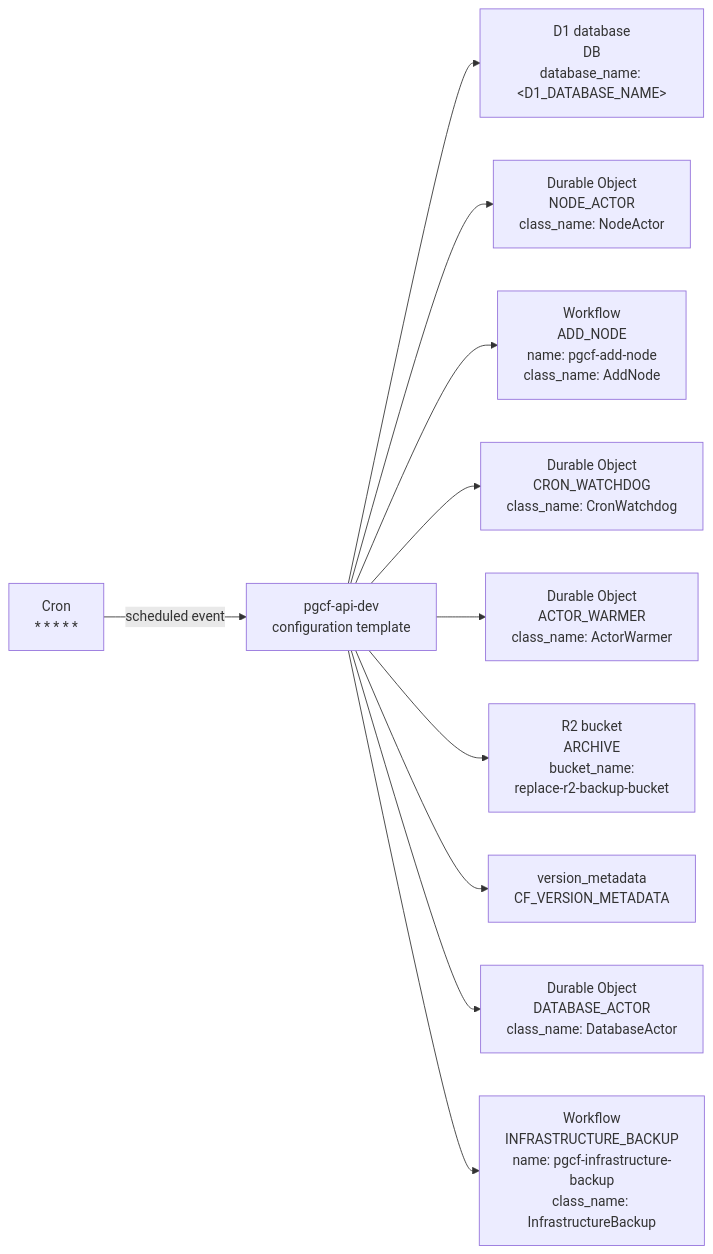
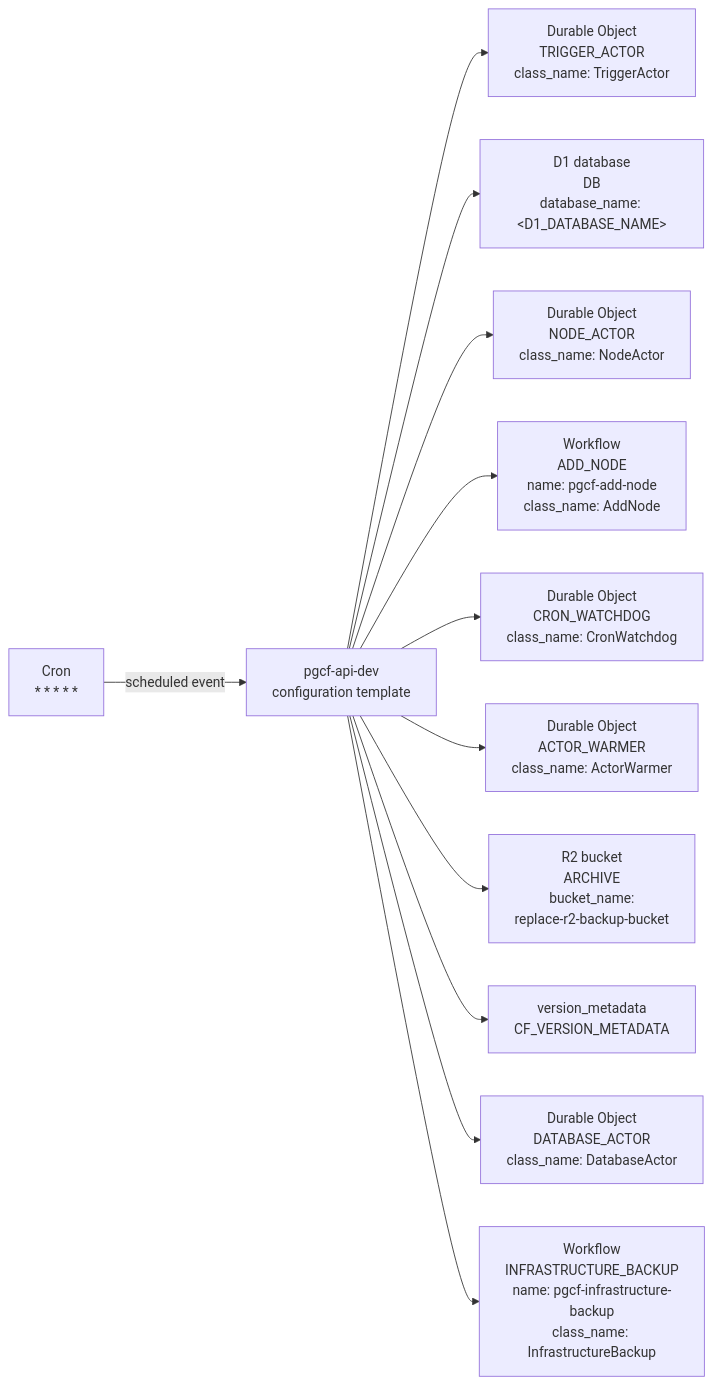
Before and after one commit to amerged-org/cloudflare-postgres: the diagram in docs/architecture/mermaider/api-resources.md, drawn with Mermaid. The commit also changed other lines of this file and 53 other files, not shown here.

````diff
--- a/docs/architecture/mermaider/api-resources.md
+++ b/docs/architecture/mermaider/api-resources.md
@@ -9,24 +9,26 @@
 ```mermaid
 flowchart LR
     n_1d7911e4e1b9["Durable Object<br/>ACTOR_WARMER<br/>class_name: ActorWarmer"]
     n_839713e89618["Cron<br/>* * * * *"]
     n_f305dbc12c79["D1 database<br/>DB<br/>database_name: #60;D1_DATABASE_NAME#62;"]
     n_049ba2d64372["Workflow<br/>ADD_NODE<br/>name: pgcf-add-node<br/>class_name: AddNode"]
     n_36ffcdc5f79f["Workflow<br/>INFRASTRUCTURE_BACKUP<br/>name: pgcf-infrastructure-backup<br/>class_name: InfrastructureBackup"]
     n_85c654928d8c["version_metadata<br/>CF_VERSION_METADATA"]
     n_71083a5197e9["R2 bucket<br/>ARCHIVE<br/>bucket_name:<br/>replace-r2-backup-bucket"]
+    n_fb34ec2acd36["Durable Object<br/>TRIGGER_ACTOR<br/>class_name: TriggerActor"]
     n_056b63fe76be["Durable Object<br/>DATABASE_ACTOR<br/>class_name: DatabaseActor"]
     n_d0efe52f1f47["Durable Object<br/>CRON_WATCHDOG<br/>class_name: CronWatchdog"]
     n_7a30182df25a["pgcf-api-dev<br/>configuration template"]
     n_260ca5b8b289["Durable Object<br/>NODE_ACTOR<br/>class_name: NodeActor"]
+    n_7a30182df25a --> n_fb34ec2acd36
     n_7a30182df25a --> n_f305dbc12c79
     n_7a30182df25a --> n_260ca5b8b289
     n_839713e89618 -->|"scheduled event"| n_7a30182df25a
     n_7a30182df25a --> n_049ba2d64372
     n_7a30182df25a --> n_d0efe52f1f47
     n_7a30182df25a --> n_1d7911e4e1b9
     n_7a30182df25a --> n_71083a5197e9
     n_7a30182df25a --> n_85c654928d8c
     n_7a30182df25a --> n_056b63fe76be
     n_7a30182df25a --> n_36ffcdc5f79f
 ```
````
